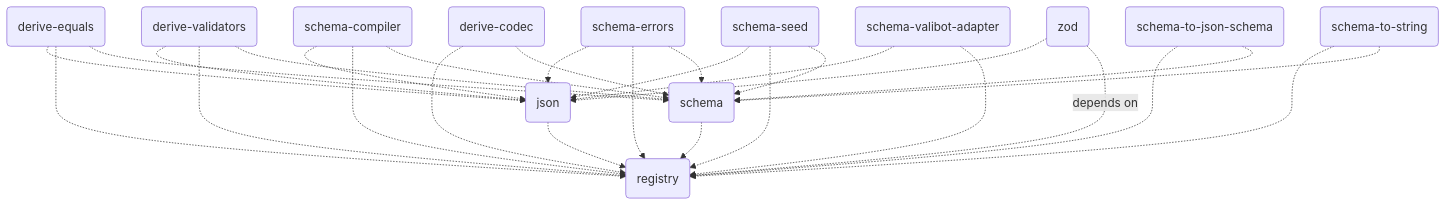
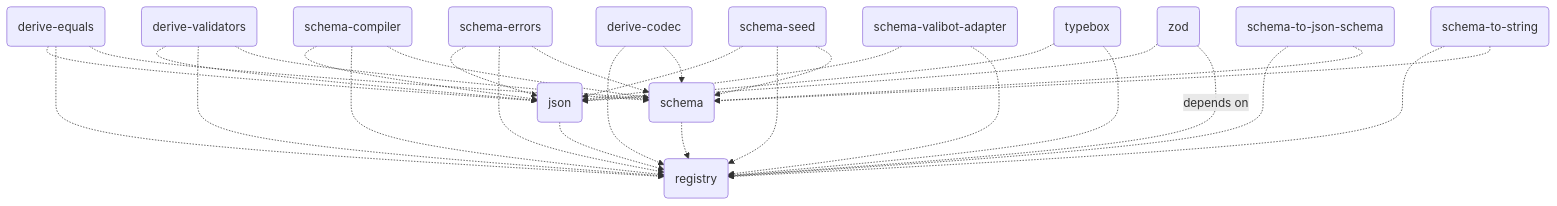
Before and after one commit to traversable/schema: the diagram in README.md, drawn with Mermaid. The commit also changed 17 other files, not shown here.

````diff
--- a/README.md
+++ b/README.md
@@ -497,31 +497,33 @@
 ```mermaid
 flowchart TD
     registry(registry)
     json(json) -.-> registry(registry)
     schema(schema) -.-> registry(registry)
     derive-codec(derive-codec) -.-> registry(registry)
     derive-codec(derive-codec) -.-> schema(schema)
     derive-equals(derive-equals) -.-> json(json)
     derive-equals(derive-equals) -.-> registry(registry)
     derive-equals(derive-equals) -.-> schema(schema)
     derive-validators(derive-validators) -.-> json(json)
     derive-validators(derive-validators) -.-> registry(registry)
     derive-validators(derive-validators) -.-> schema(schema)
     schema-compiler(schema-compiler) -.-> json(json)
     schema-compiler(schema-compiler) -.-> registry(registry)
     schema-compiler(schema-compiler) -.-> schema(schema)
     schema-errors(schema-errors) -.-> json(json)
     schema-errors(schema-errors) -.-> registry(registry)
     schema-errors(schema-errors) -.-> schema(schema)
     schema-seed(schema-seed) -.-> json(json)
     schema-seed(schema-seed) -.-> registry(registry)
     schema-seed(schema-seed) -.-> schema(schema)
     schema-to-json-schema(schema-to-json-schema) -.-> registry(registry)
     schema-to-json-schema(schema-to-json-schema) -.-> schema(schema)
     schema-to-string(schema-to-string) -.-> registry(registry)
     schema-to-string(schema-to-string) -.-> schema(schema)
     schema-valibot-adapter(schema-valibot-adapter) -.-> json(json)
     schema-valibot-adapter(schema-valibot-adapter) -.-> registry(registry)
+    typebox(typebox) -.-> json(json)
+    typebox(typebox) -.-> registry(registry)
     zod(zod) -.-> json(json)
     zod(zod) -.depends on.-> registry(registry)
 ```
````
